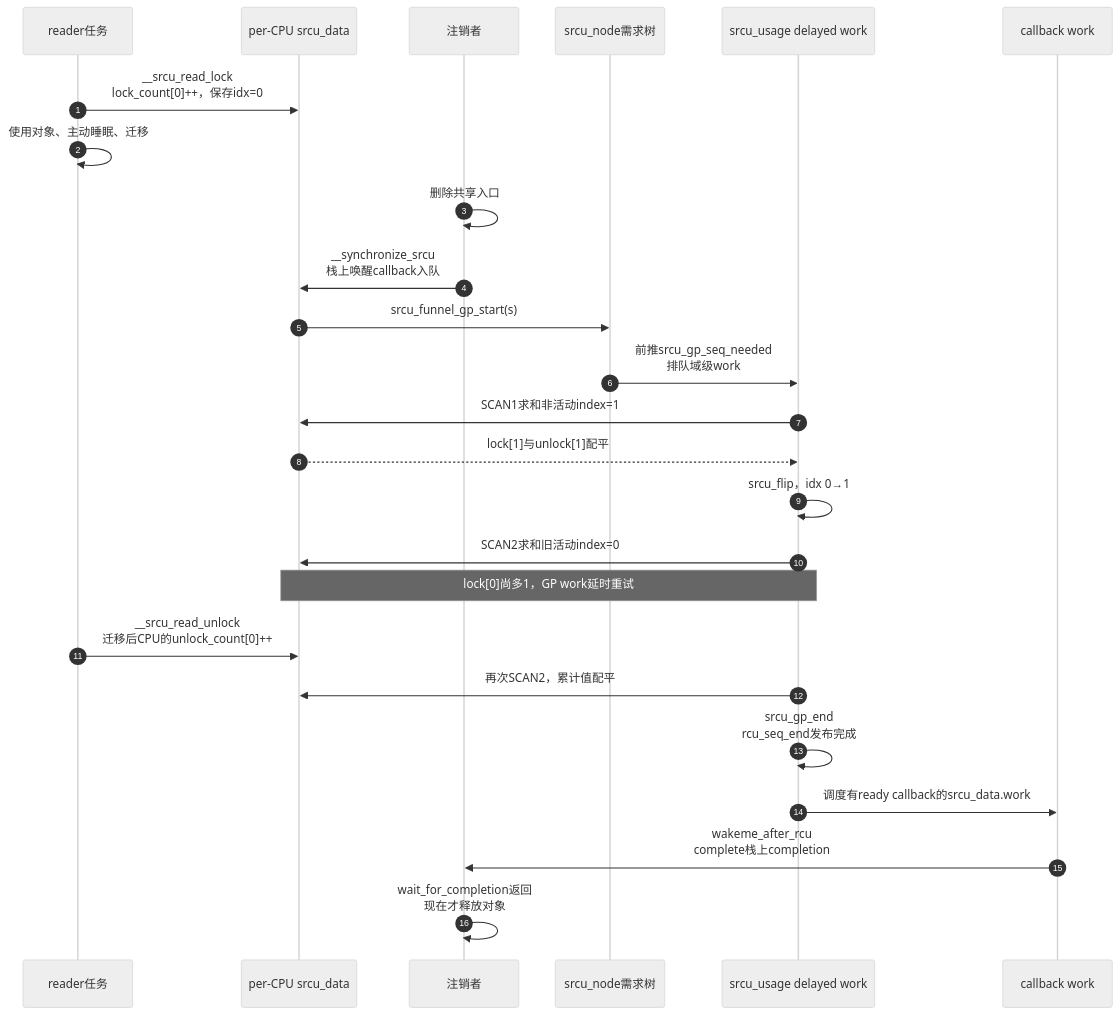
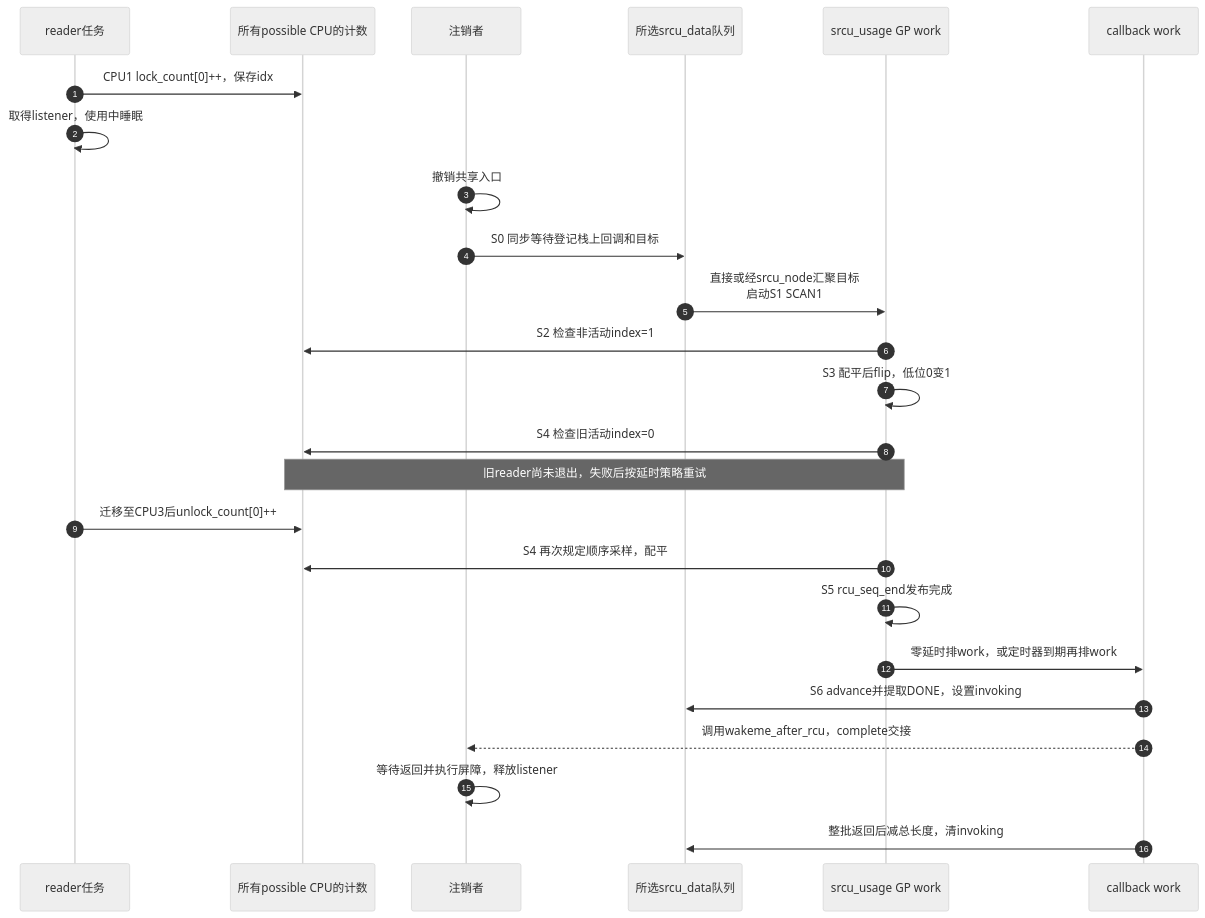
The second of 2 diagrams in research/source_reading/rcu/source_explanations/P11_Linux_6.12_Tree_SRCU源码实现.md (FormingSystem/linux_note), drawn with Mermaid (neutral theme) before and after one commit. The commit also changed other lines of this file and 8 other files, not shown here.

````diff
--- a/research/source_reading/rcu/source_explanations/P11_Linux_6.12_Tree_SRCU源码实现.md
+++ b/research/source_reading/rcu/source_explanations/P11_Linux_6.12_Tree_SRCU源码实现.md
@@ -885,28 +1269,27 @@
 ```mermaid
 sequenceDiagram
     autonumber
     participant R as reader任务
-    participant D as per-CPU srcu_data
+    participant D as 所有possible CPU的计数
     participant U as 注销者
-    participant N as srcu_node需求树
-    participant G as srcu_usage delayed work
+    participant Q as 所选srcu_data队列
+    participant G as srcu_usage GP work
     participant C as callback work
-
-    R->>D: __srcu_read_lock<br/>lock_count[0]++，保存idx=0
-    R->>R: 使用对象、主动睡眠、迁移
-    U->>U: 删除共享入口
-    U->>D: __synchronize_srcu<br/>栈上唤醒callback入队
-    D->>N: srcu_funnel_gp_start(s)
-    N->>G: 前推srcu_gp_seq_needed<br/>排队域级work
-    G->>D: SCAN1求和非活动index=1
-    D-->>G: lock[1]与unlock[1]配平
-    G->>G: srcu_flip，idx 0→1
-    G->>D: SCAN2求和旧活动index=0
-    Note over G,D: lock[0]尚多1，GP work延时重试
-    R->>D: __srcu_read_unlock<br/>迁移后CPU的unlock_count[0]++
-    G->>D: 再次SCAN2，累计值配平
-    G->>G: srcu_gp_end<br/>rcu_seq_end发布完成
-    G->>C: 调度有ready callback的srcu_data.work
-    C->>U: wakeme_after_rcu<br/>complete栈上completion
-    U->>U: wait_for_completion返回<br/>现在才释放对象
+    R->>D: CPU1 lock_count[0]++，保存idx
+    R->>R: 取得listener，使用中睡眠
+    U->>U: 撤销共享入口
+    U->>Q: S0 同步等待登记栈上回调和目标
+    Q->>G: 直接或经srcu_node汇聚目标<br/>启动S1 SCAN1
+    G->>D: S2 检查非活动index=1
+    G->>G: S3 配平后flip，低位0变1
+    G->>D: S4 检查旧活动index=0
+    Note over G,D: 旧reader尚未退出，失败后按延时策略重试
+    R->>D: 迁移至CPU3后unlock_count[0]++
+    G->>D: S4 再次规定顺序采样，配平
+    G->>G: S5 rcu_seq_end发布完成
+    G->>C: 零延时排work，或定时器到期再排work
+    C->>Q: S6 advance并提取DONE，设置invoking
+    C-->>U: 调用wakeme_after_rcu，complete交接
+    U->>U: 等待返回并执行屏障，释放listener
+    C->>Q: 整批返回后减总长度，清invoking
 ```
````
